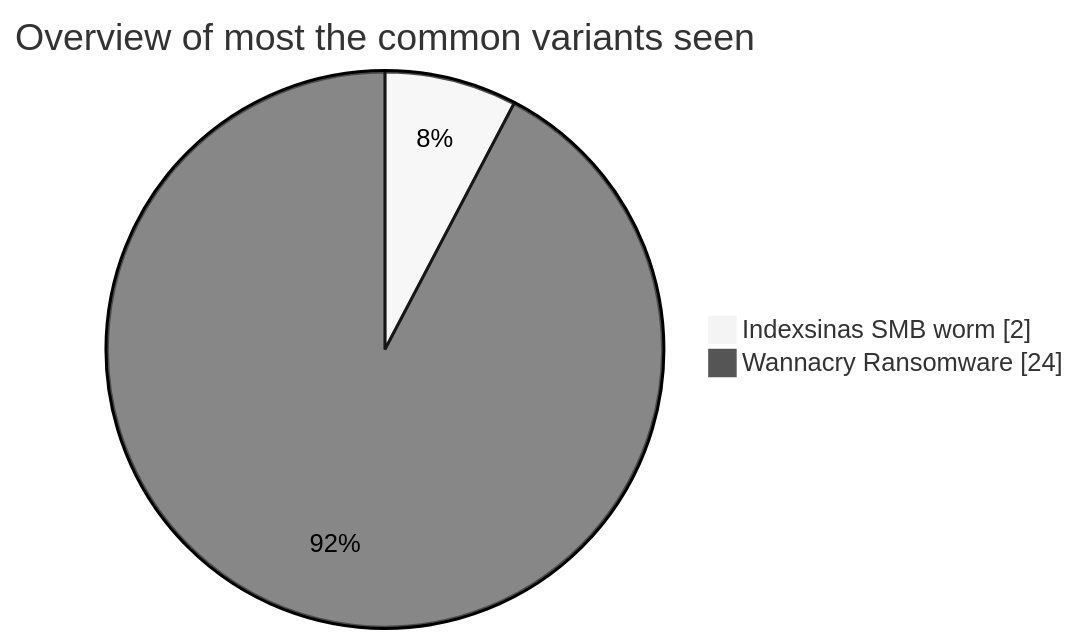
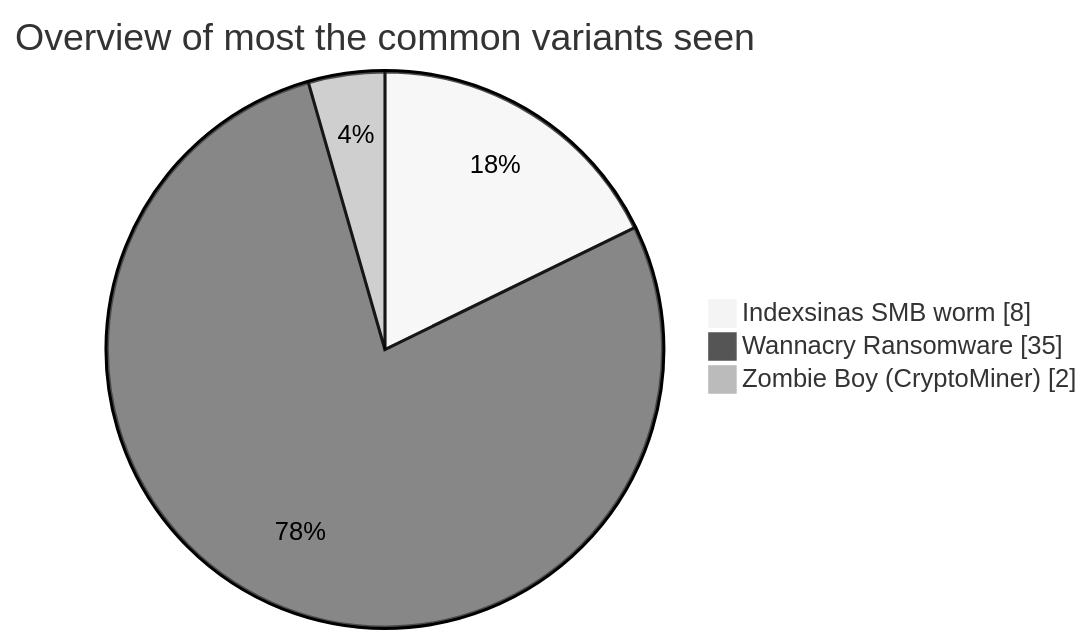
The first of 2 diagrams in README.md (tonyx774/HoneyPot-Analysis), drawn with Mermaid (neutral theme) before and after one commit.

````diff
--- a/README.md
+++ b/README.md
@@ -6,8 +6,9 @@
 ```mermaid
 
 pie showData
     title Overview of most the common variants seen
-    "Indexsinas SMB worm" : 2
-    "Wannacry Ransomware" : 24
+    "Indexsinas SMB worm" : 8
+    "Wannacry Ransomware" : 35
+    "Zombie Boy (CryptoMiner)" : 2
 
 ```
````
